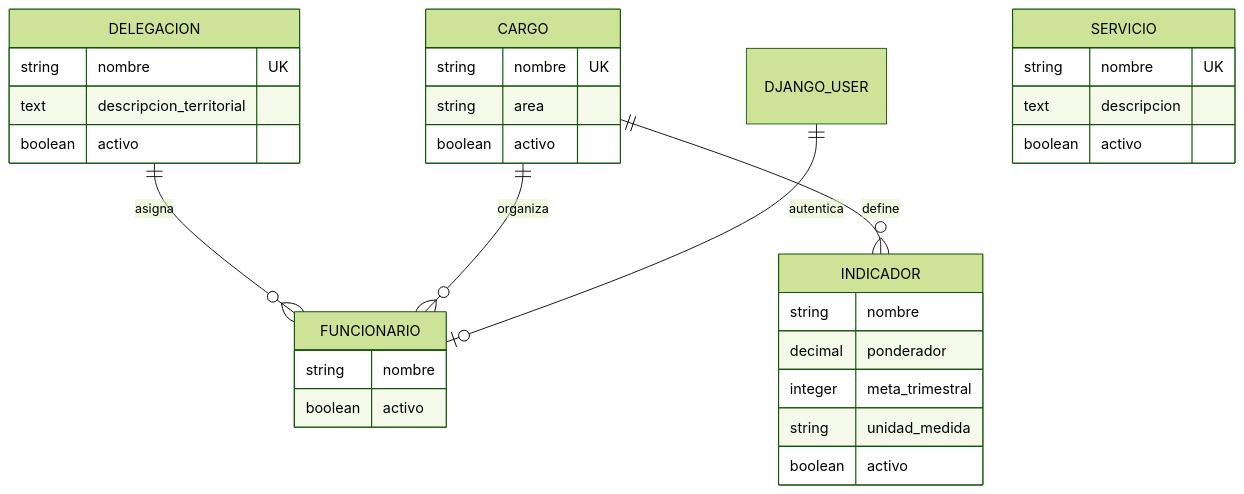
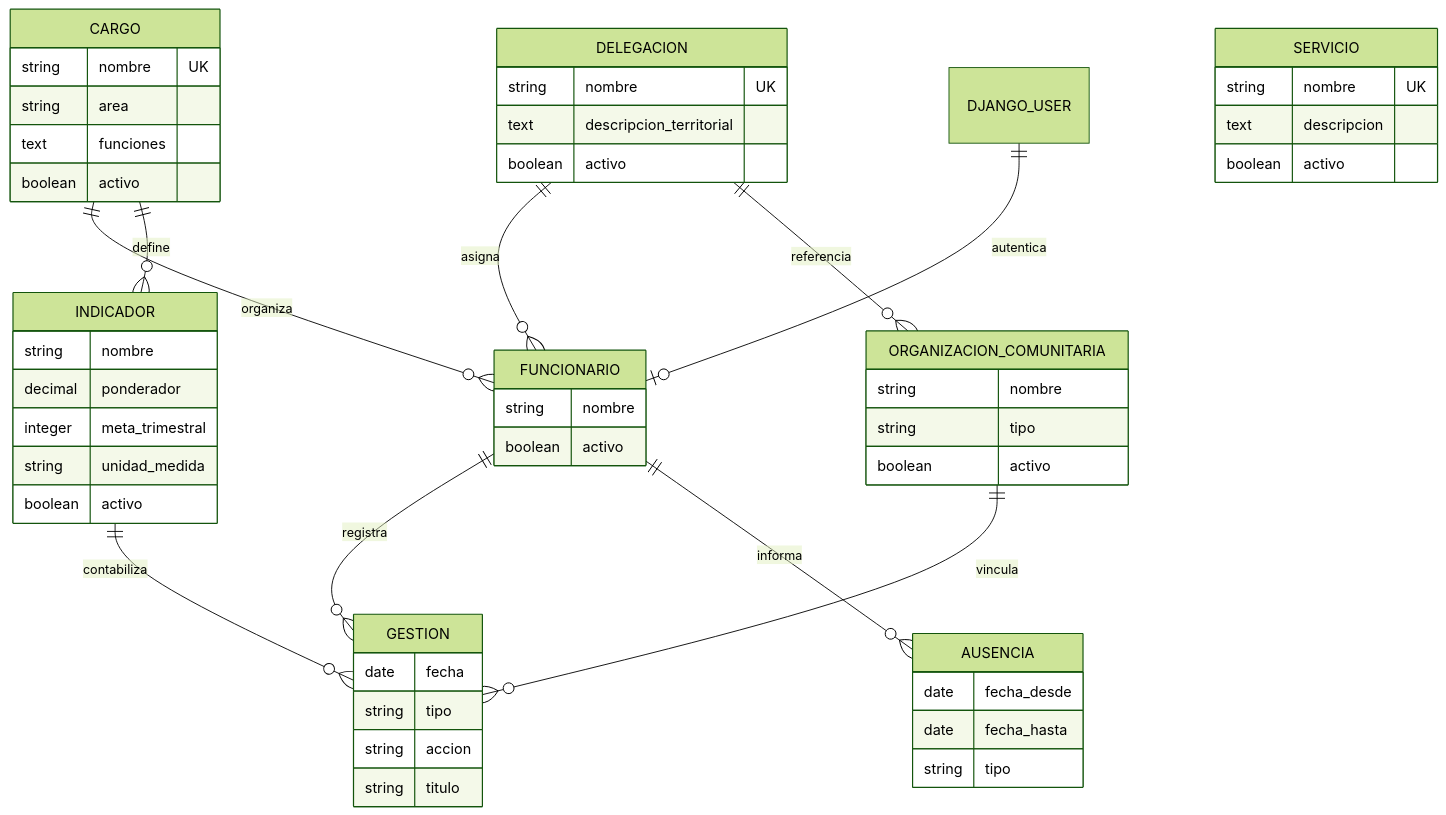
Before and after one commit to tatan-0/proyecto1muni: the first of 5 diagrams in docs/arquitectura-4mas1.md, drawn with Mermaid (forest theme). The commit also changed other lines of this file and 27 other files, not shown here.

````diff
--- a/docs/arquitectura-4mas1.md
+++ b/docs/arquitectura-4mas1.md
@@ -14,33 +14,55 @@
 ```mermaid
 erDiagram
     DELEGACION ||--o{ FUNCIONARIO : asigna
+    DELEGACION ||--o{ ORGANIZACION_COMUNITARIA : referencia
     CARGO ||--o{ FUNCIONARIO : organiza
     CARGO ||--o{ INDICADOR : define
+    FUNCIONARIO ||--o{ GESTION : registra
+    INDICADOR ||--o{ GESTION : contabiliza
+    ORGANIZACION_COMUNITARIA ||--o{ GESTION : vincula
+    FUNCIONARIO ||--o{ AUSENCIA : informa
     DJANGO_USER ||--o| FUNCIONARIO : autentica
     DELEGACION {
         string nombre UK
         text descripcion_territorial
         boolean activo
     }
     CARGO {
         string nombre UK
         string area
+        text funciones
         boolean activo
     }
     FUNCIONARIO {
         string nombre
         boolean activo
     }
     INDICADOR {
         string nombre
         decimal ponderador
         integer meta_trimestral
         string unidad_medida
         boolean activo
     }
     SERVICIO {
         string nombre UK
         text descripcion
         boolean activo
     }
+    ORGANIZACION_COMUNITARIA {
+        string nombre
+        string tipo
+        boolean activo
+    }
+    GESTION {
+        date fecha
+        string tipo
+        string accion
+        string titulo
+    }
+    AUSENCIA {
+        date fecha_desde
+        date fecha_hasta
+        string tipo
+    }
 ```
````
